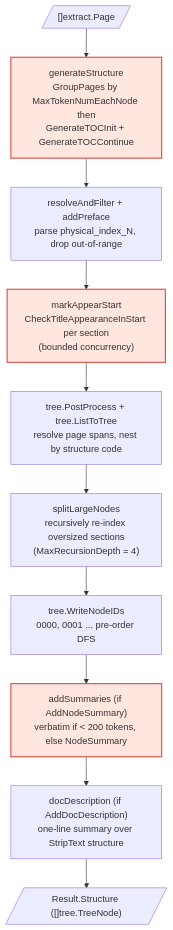
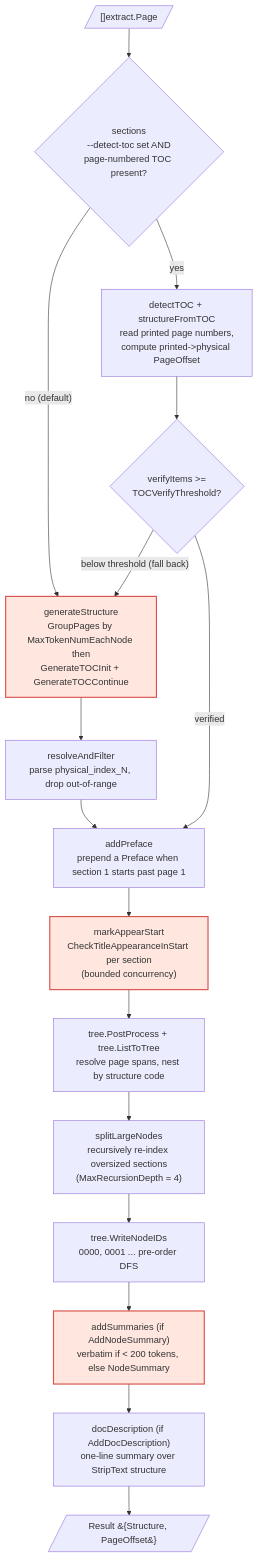
Before and after one commit to jjfantini/pindex: the third of 7 diagrams in system_design/pindex/PindexSystemDesign.md, drawn with Mermaid. The commit also changed other lines of this file, not shown here.

First line of the commit message:
docs: sync pindex system-design with develop (TOC fast path, browsable export)

````diff
--- a/system_design/pindex/PindexSystemDesign.md
+++ b/system_design/pindex/PindexSystemDesign.md
@@ -96,18 +107,30 @@
 ```mermaid
 flowchart TB
     P[/"[]extract.Page"/]
+    SEC{"sections<br/>--detect-toc set AND<br/>page-numbered TOC present?"}
+
     G["generateStructure<br/>GroupPages by MaxTokenNumEachNode then<br/>GenerateTOCInit + GenerateTOCContinue"]
-    RF["resolveAndFilter + addPreface<br/>parse physical_index_N, drop out-of-range"]
+    RF["resolveAndFilter<br/>parse physical_index_N, drop out-of-range"]
+
+    TOC["detectTOC + structureFromTOC<br/>read printed page numbers,<br/>compute printed-&gt;physical PageOffset"]
+    VER{"verifyItems &gt;=<br/>TOCVerifyThreshold?"}
+
+    PRE["addPreface<br/>prepend a Preface when section 1 starts past page 1"]
     MA["markAppearStart<br/>CheckTitleAppearanceInStart per section<br/>(bounded concurrency)"]
     PP["tree.PostProcess + tree.ListToTree<br/>resolve page spans, nest by structure code"]
     SL["splitLargeNodes<br/>recursively re-index oversized sections<br/>(MaxRecursionDepth = 4)"]
     ID["tree.WriteNodeIDs<br/>0000, 0001 ... pre-order DFS"]
     SUM["addSummaries (if AddNodeSummary)<br/>verbatim if &lt; 200 tokens, else NodeSummary"]
     DD["docDescription (if AddDocDescription)<br/>one-line summary over StripText structure"]
-    OUT[/"Result.Structure ([]tree.TreeNode)"/]
+    OUT[/"Result &#123;Structure, PageOffset&#125;"/]
 
-    P --> G --> RF --> MA --> PP --> SL --> ID --> SUM --> DD --> OUT
+    P --> SEC
+    SEC -->|"no (default)"| G --> RF --> PRE
+    SEC -->|"yes"| TOC --> VER
+    VER -->|"verified"| PRE
+    VER -->|"below threshold (fall back)"| G
+    PRE --> MA --> PP --> SL --> ID --> SUM --> DD --> OUT
 
     classDef crit fill:#ffe7e0,stroke:#d9534f,stroke-width:2px;
     class G,MA,SUM crit
 ```
````
